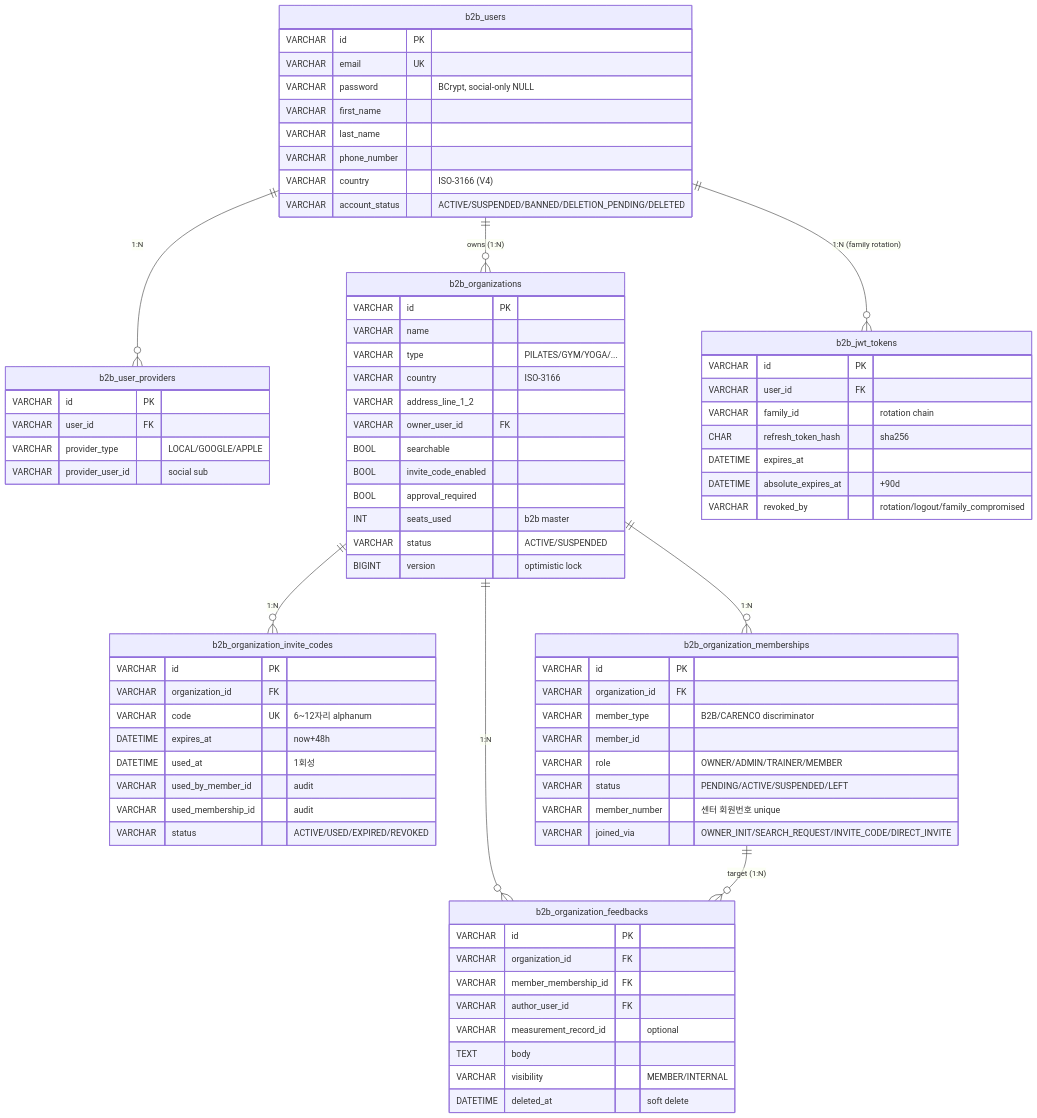
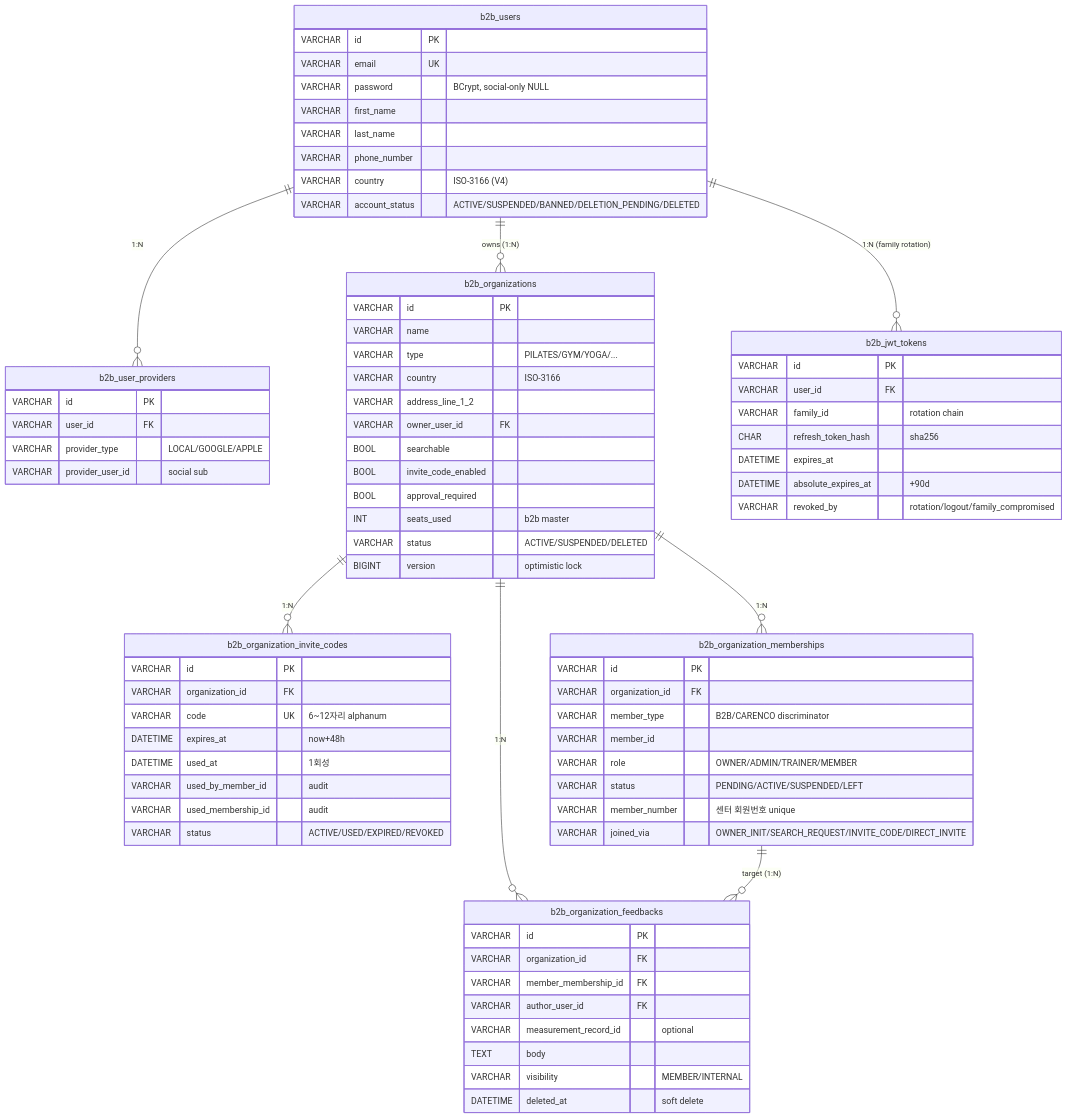
Before and after one commit to Care-Co/Documents-Repository: the tenth of 10 diagrams in docs/apis/b2b-service.md, drawn with Mermaid. The commit also changed other lines of this file, not shown here.

```diff
--- a/docs/apis/b2b-service.md
+++ b/docs/apis/b2b-service.md
@@ -694,7 +2067,7 @@
         BOOL invite_code_enabled
         BOOL approval_required
         INT seats_used "b2b master"
-        VARCHAR status "ACTIVE/SUSPENDED"
+        VARCHAR status "ACTIVE/SUSPENDED/DELETED"
         BIGINT version "optimistic lock"
     }
 
```
